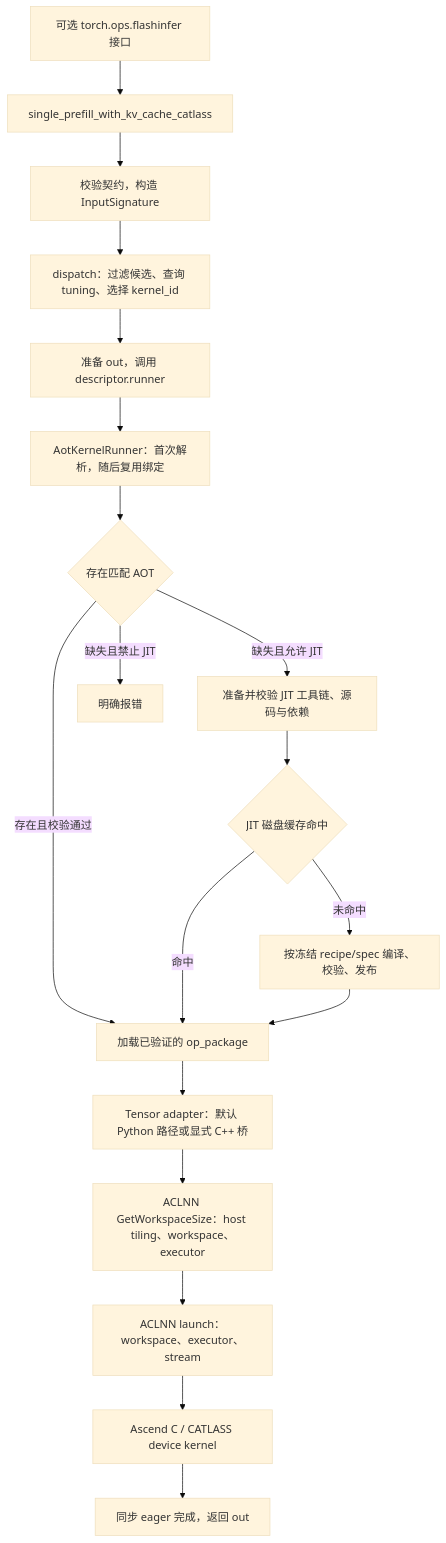
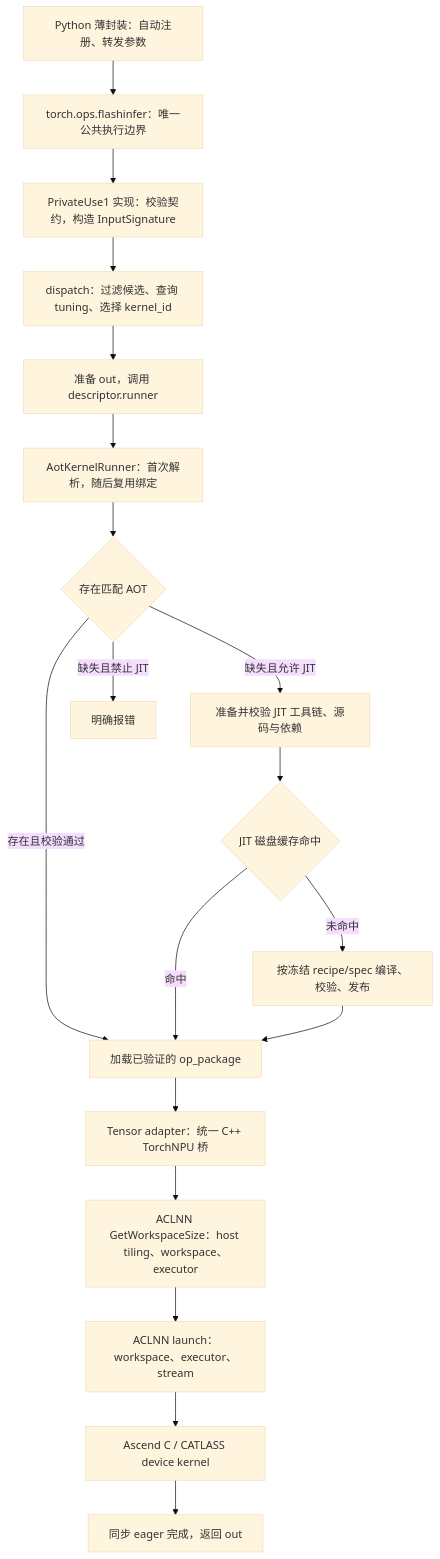
The diagram in docs/flash-attention-call-chain.md (xuanyuandy/flashinfer-ascend), drawn with Mermaid (base theme) before and after one commit. The commit also changed other lines of this file and 35 other files, not shown here.

````diff
--- a/docs/flash-attention-call-chain.md
+++ b/docs/flash-attention-call-chain.md
@@ -33,22 +33,22 @@
 ```mermaid
 flowchart TD
-    T["可选 torch.ops.flashinfer 接口"] --> P
-    P["single_prefill_with_kv_cache_catlass"]
-    P --> S["校验契约，构造 InputSignature"]
+    P["Python 薄封装：自动注册、转发参数"] --> T
+    T["torch.ops.flashinfer：唯一公共执行边界"]
+    T --> S["PrivateUse1 实现：校验契约，构造 InputSignature"]
     S --> D["dispatch：过滤候选、查询 tuning、选择 kernel_id"]
     D --> O["准备 out，调用 descriptor.runner"]
     O --> R["AotKernelRunner：首次解析，随后复用绑定"]
     R --> A{"存在匹配 AOT"}
     A -->|"存在且校验通过"| L["加载已验证的 op_package"]
     A -->|"缺失且允许 JIT"| F["准备并校验 JIT 工具链、源码与依赖"]
     A -->|"缺失且禁止 JIT"| E["明确报错"]
     F --> C{"JIT 磁盘缓存命中"}
     C -->|"命中"| L
     C -->|"未命中"| B["按冻结 recipe/spec 编译、校验、发布"]
     B --> L
-    L --> V["Tensor adapter：默认 Python 路径或显式 C++ 桥"]
+    L --> V["Tensor adapter：统一 C++ TorchNPU 桥"]
     V --> W["ACLNN GetWorkspaceSize：host tiling、workspace、executor"]
     W --> K["ACLNN launch：workspace、executor、stream"]
     K --> N["Ascend C / CATLASS device kernel"]
     N --> Q["同步 eager 完成，返回 out"]
 ```
````
